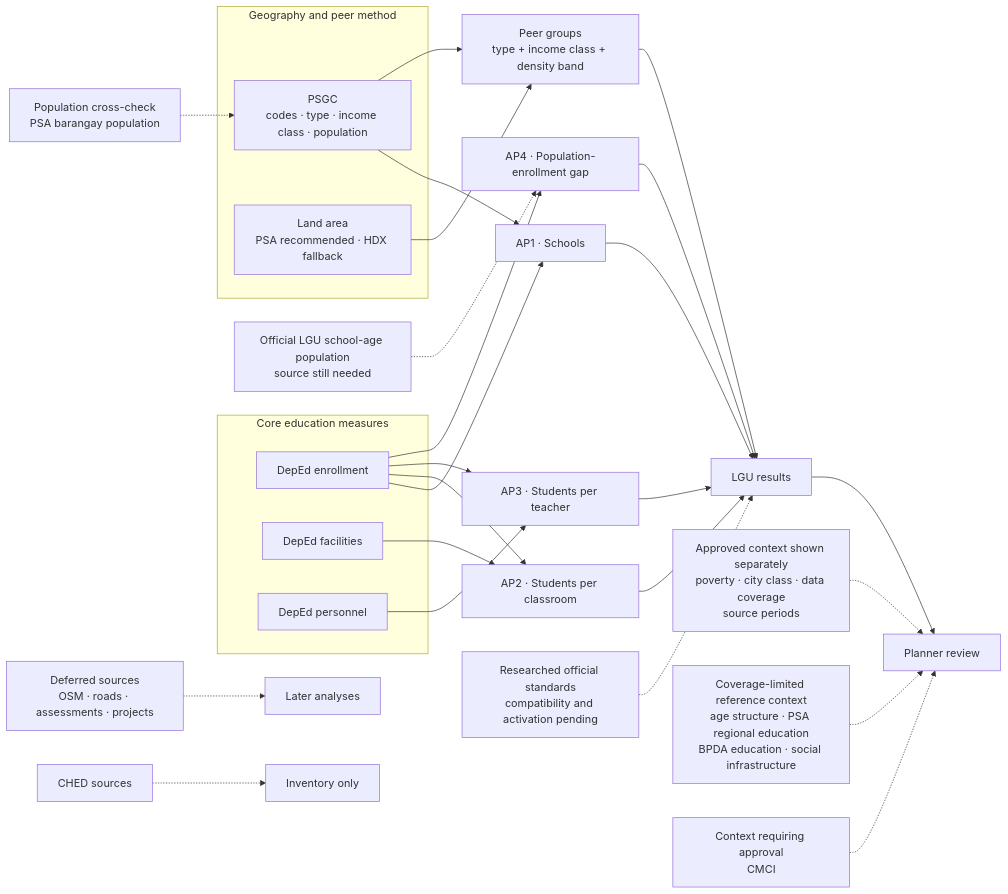
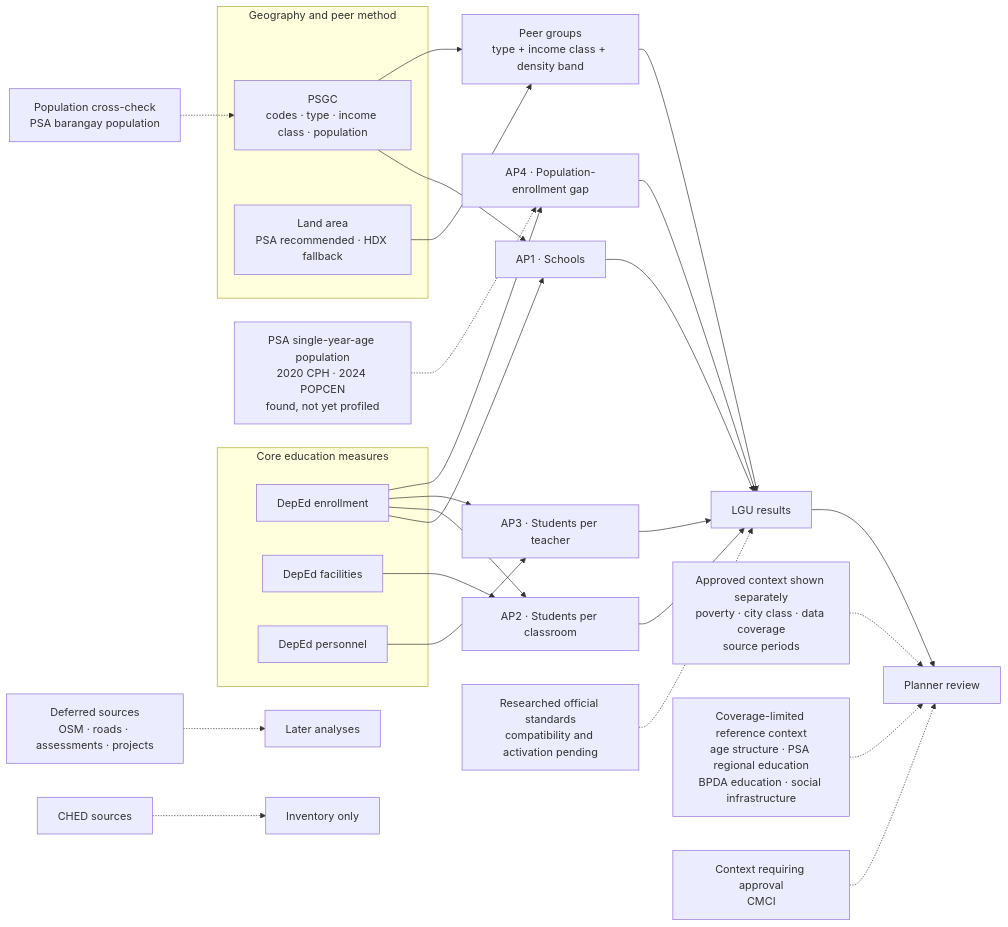
The diagram in docs/business/dataset-use-map.md (reached-hq/edu-access-intelligence), drawn with Mermaid before and after one commit. The commit also changed other lines of this file, not shown here.

First line of the commit message:
Route AP4 to the found PSA single-year-age population source

````diff
--- a/docs/business/dataset-use-map.md
+++ b/docs/business/dataset-use-map.md
@@ -19,39 +19,39 @@
 ```mermaid
 flowchart LR
     subgraph CORE["Core education measures"]
         ENR["DepEd enrollment"]
         FAC["DepEd facilities"]
         PER["DepEd personnel"]
     end
 
     subgraph METHOD["Geography and peer method"]
     PSGC["PSGC<br/>codes · type · income class · population"]
     AREA["Land area<br/>PSA recommended · HDX fallback"]
     end
 
     ENR --> AP1["AP1 · Schools"]
     PSGC --> AP1
     ENR --> AP2["AP2 · Students per classroom"]
     FAC --> AP2
     ENR --> AP3["AP3 · Students per teacher"]
     PER --> AP3
     ENR --> AP4["AP4 · Population-enrollment gap"]
-    AGE["Official LGU school-age population<br/>source still needed"] -.-> AP4
+    AGE["PSA single-year-age population<br/>2020 CPH · 2024 POPCEN<br/>found, not yet profiled"] -.-> AP4
 
     PSGC --> PEERS["Peer groups<br/>type + income class + density band"]
     AREA --> PEERS
     AP1 --> RESULT["LGU results"]
     AP2 --> RESULT
     AP3 --> RESULT
     AP4 --> RESULT
     PEERS --> RESULT
     STANDARD["Researched official standards<br/>compatibility and activation pending"] -.-> RESULT
 
     CONTEXT["Approved context shown separately<br/>poverty · city class · data coverage<br/>source periods"] -.-> DASH["Planner review"]
     LIMITED["Coverage-limited reference context<br/>age structure · PSA regional education<br/>BPDA education · social infrastructure"] -.-> DASH
     CANDIDATE["Context requiring approval<br/>CMCI"] -.-> DASH
     POPCHECK["Population cross-check<br/>PSA barangay population"] -.-> PSGC
     RESULT --> DASH
     DEFER["Deferred sources<br/>OSM · roads · assessments · projects"] -.-> LATER["Later analyses"]
     EXCLUDED["CHED sources"] -.-> RECORD["Inventory only"]
 ```
````
